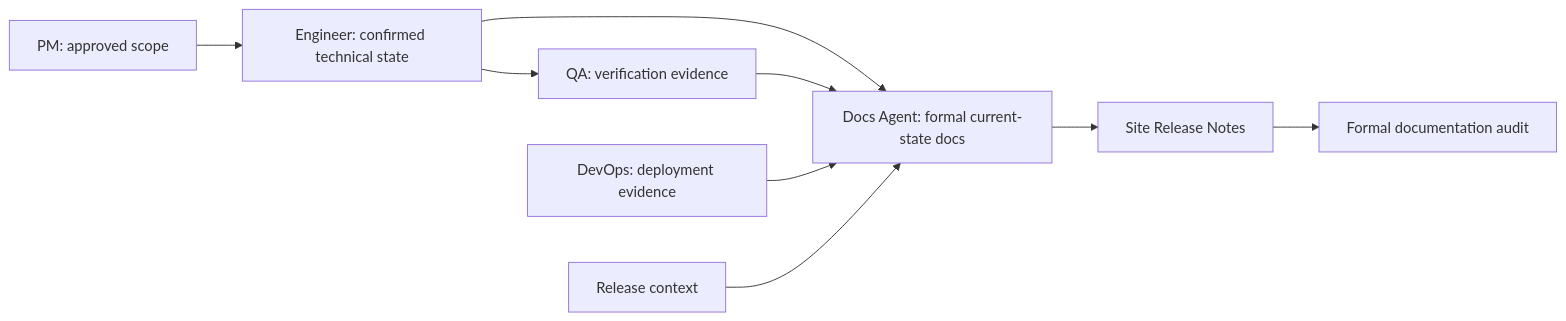
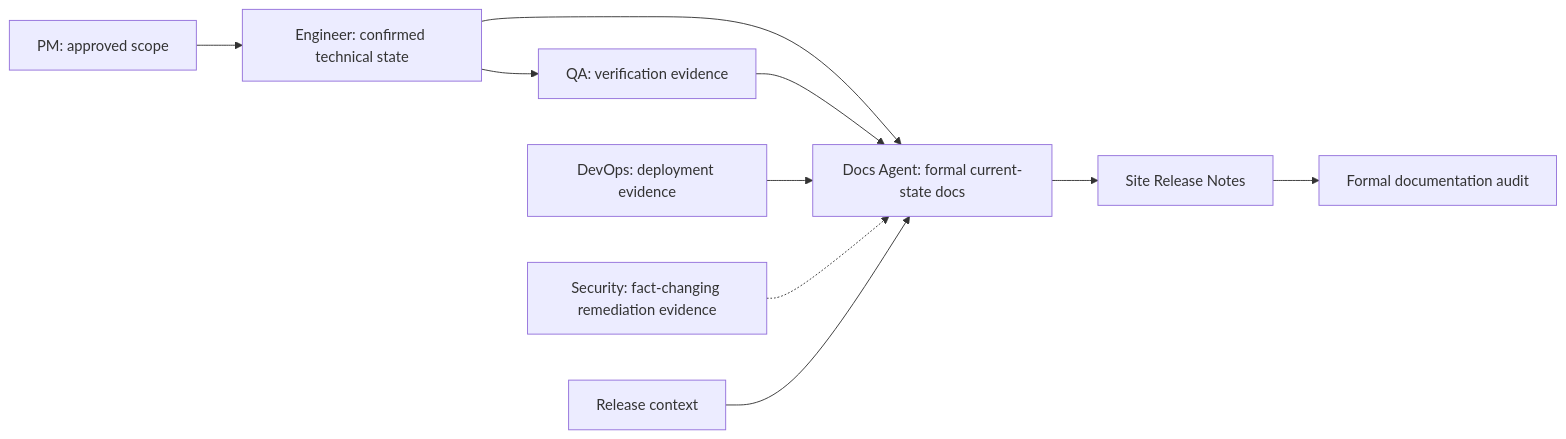
One commit to Neplich/dev-agent-skills changed the diagram in agents/docs/README.md. Above: the diagram before and after it, drawn with Mermaid. The commit also changed other lines of this file and 7 other files, not shown here.

````diff
--- a/agents/docs/README.md
+++ b/agents/docs/README.md
@@ -71,11 +71,12 @@
 ```mermaid
 flowchart LR
     PM["PM: approved scope"] --> Engineer["Engineer: confirmed technical state"]
     Engineer --> QA["QA: verification evidence"]
     Engineer --> Docs["Docs Agent: formal current-state docs"]
     QA --> Docs
     DevOps["DevOps: deployment evidence"] --> Docs
+    Security["Security: fact-changing remediation evidence"] -.-> Docs
     Release["Release context"] --> Docs
     Docs --> Notes["Site Release Notes"]
     Notes --> Audit["Formal documentation audit"]
 ```
````
